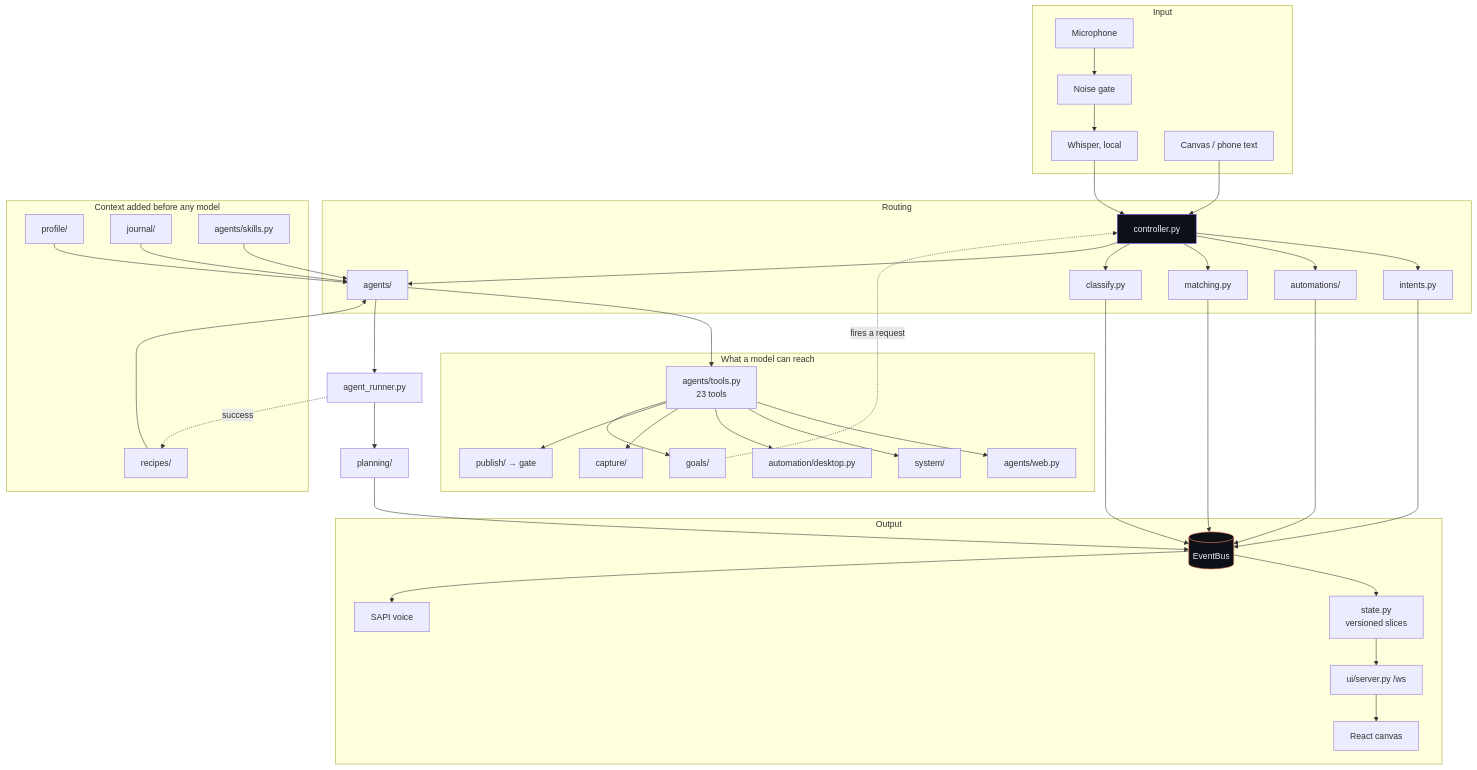
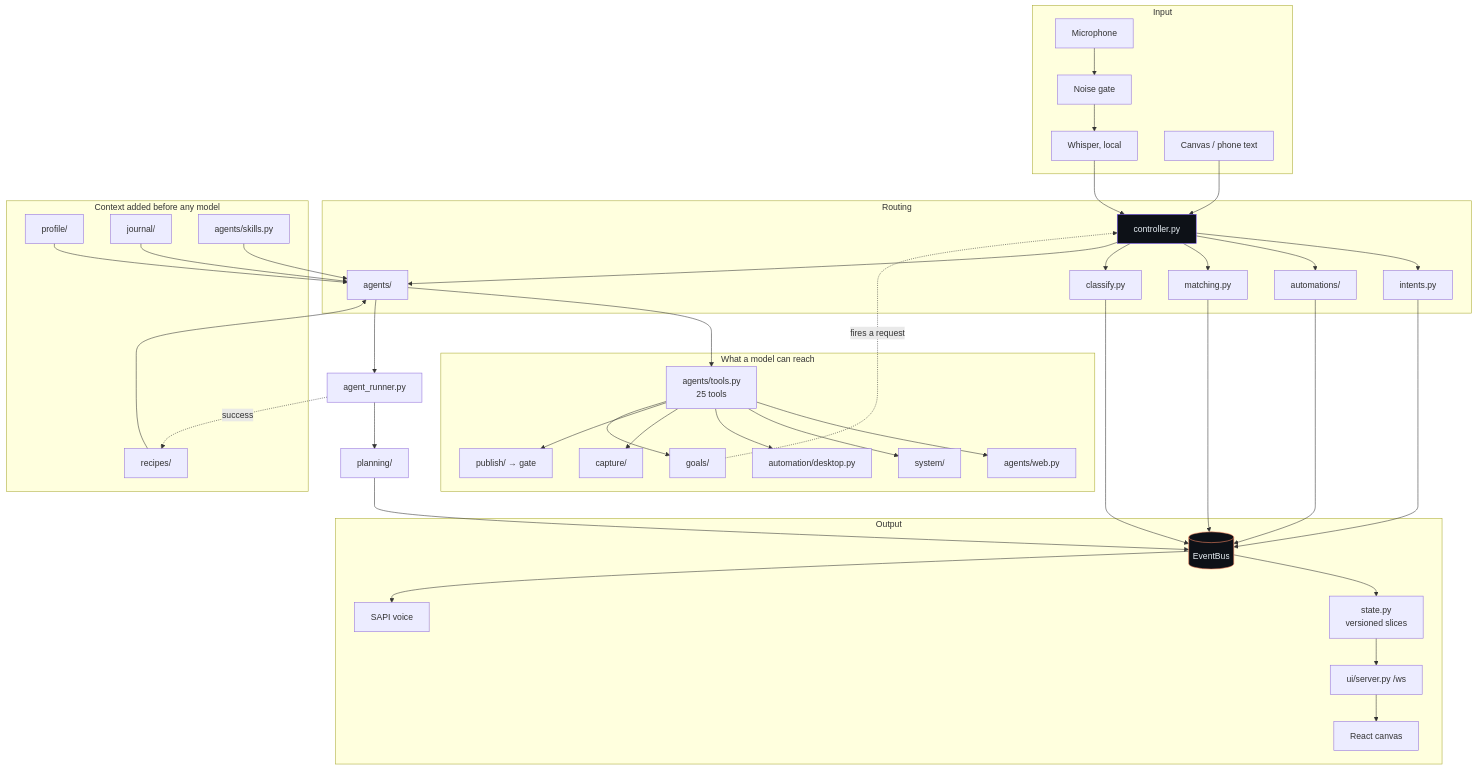
Before and after one commit to unexperiencedone/assistant-: the sixth of 6 diagrams in README.md, drawn with Mermaid. The commit also changed other lines of this file and 1 other file, not shown here.

````diff
--- a/README.md
+++ b/README.md
@@ -546,57 +604,57 @@
 ```mermaid
 flowchart TD
     subgraph IN [" Input "]
         MIC[Microphone] --> GATE[Noise gate]
         GATE --> STT[Whisper, local]
         TXT[Canvas / phone text]
     end
 
     STT --> CTL[controller.py]
     TXT --> CTL
 
     subgraph ROUTE [" Routing "]
         CTL --> INT[intents.py]
         CTL --> MAC[automations/]
         CTL --> LOOSE[matching.py]
         CTL --> CLS[classify.py]
         CTL --> AG[agents/]
     end
 
     subgraph CTX [" Context added before any model "]
         PROF[profile/] --> AG
         JRNL[journal/] --> AG
         RCP[recipes/] --> AG
         SKL[agents/skills.py] --> AG
     end
 
     subgraph HANDS [" What a model can reach "]
-        AG --> TOOLS[agents/tools.py<br/>23 tools]
+        AG --> TOOLS[agents/tools.py<br/>25 tools]
         TOOLS --> WEBT[agents/web.py]
         TOOLS --> SYS[system/]
         TOOLS --> DESK[automation/desktop.py]
         TOOLS --> CAP[capture/]
         TOOLS --> PUB[publish/ → gate]
         TOOLS --> GOAL[goals/]
     end
 
     AG --> RUN[agent_runner.py]
     RUN --> PLAN[planning/]
     RUN -.->|success| RCP
     GOAL -.->|fires a request| CTL
 
     subgraph OUT [" Output "]
         BUS[(EventBus)] --> STATE[state.py<br/>versioned slices]
         STATE --> WS[ui/server.py /ws]
         WS --> CANVAS[React canvas]
         BUS --> TTS[SAPI voice]
     end
 
     INT --> BUS
     MAC --> BUS
     LOOSE --> BUS
     CLS --> BUS
     PLAN --> BUS
 
     style CTL fill:#0d1117,stroke:#7c5cff,color:#e6edf3
     style BUS fill:#0d1117,stroke:#ff8a65,color:#e6edf3
 ```
````
